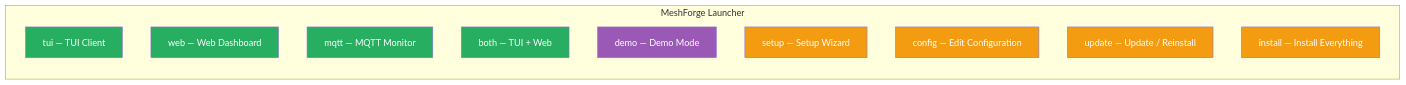
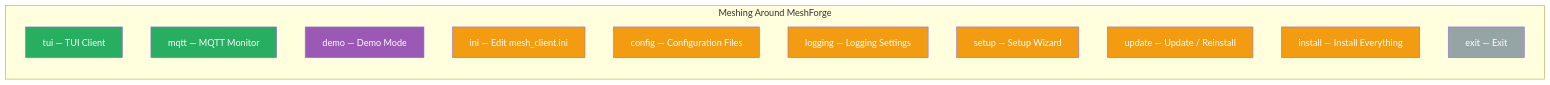
Before and after one commit to Nursedude/meshing_around_meshforge: the third of 5 diagrams in README.md, drawn with Mermaid. The commit also changed other lines of this file and 24 other files, not shown here.

````diff
--- a/README.md
+++ b/README.md
@@ -249,24 +236,26 @@
 ```mermaid
 graph LR
-    subgraph "MeshForge Launcher"
+    subgraph "Meshing Around MeshForge"
         TUI["tui — TUI Client"]
-        WEB["web — Web Dashboard"]
         MQTT["mqtt — MQTT Monitor"]
-        BOTH["both — TUI + Web"]
         DEMO["demo — Demo Mode"]
+        INI["ini — Edit mesh_client.ini"]
+        CONFIG["config — Configuration Files"]
+        LOG["logging — Logging Settings"]
         SETUP["setup — Setup Wizard"]
-        CONFIG["config — Edit Configuration"]
         UPDATE["update — Update / Reinstall"]
         INSTALL["install — Install Everything"]
+        EXIT["exit — Exit"]
     end
 
     style TUI fill:#27ae60,color:#fff
-    style WEB fill:#27ae60,color:#fff
     style MQTT fill:#27ae60,color:#fff
-    style BOTH fill:#27ae60,color:#fff
     style DEMO fill:#9b59b6,color:#fff
+    style INI fill:#f39c12,color:#fff
+    style CONFIG fill:#f39c12,color:#fff
+    style LOG fill:#f39c12,color:#fff
     style SETUP fill:#f39c12,color:#fff
-    style CONFIG fill:#f39c12,color:#fff
     style UPDATE fill:#f39c12,color:#fff
     style INSTALL fill:#f39c12,color:#fff
+    style EXIT fill:#95a5a6,color:#fff
 ```
````
